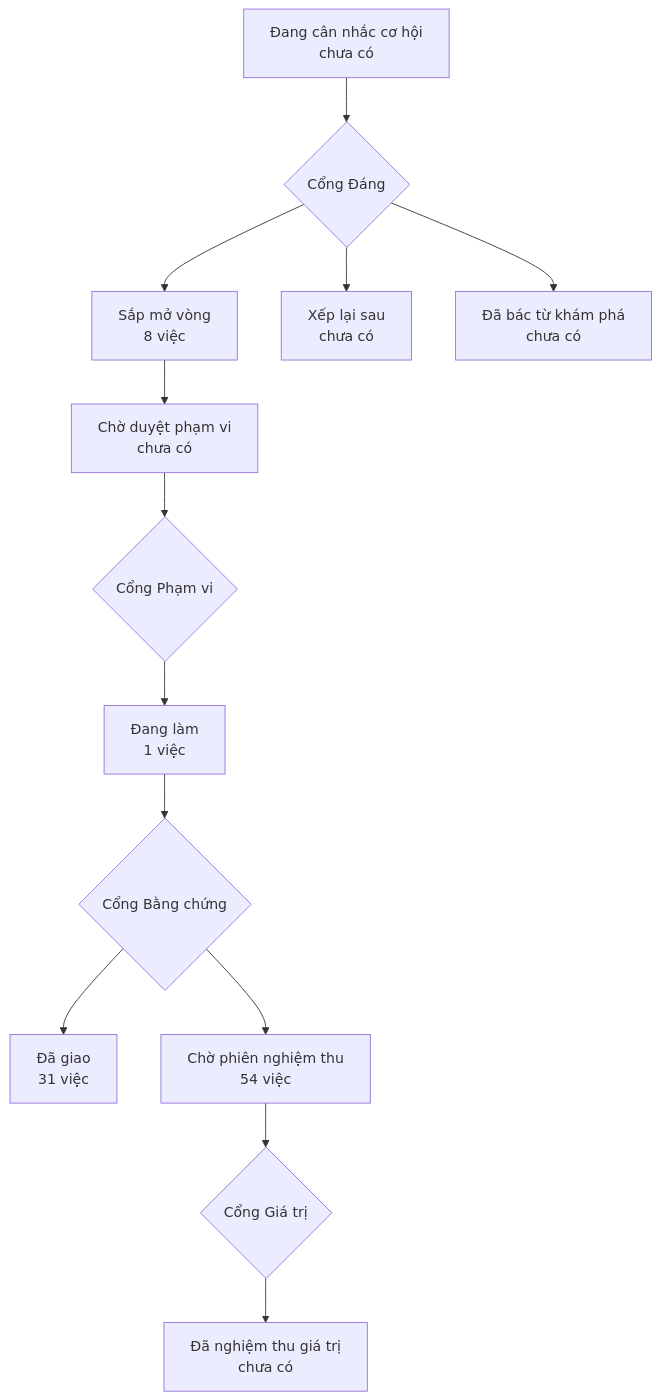
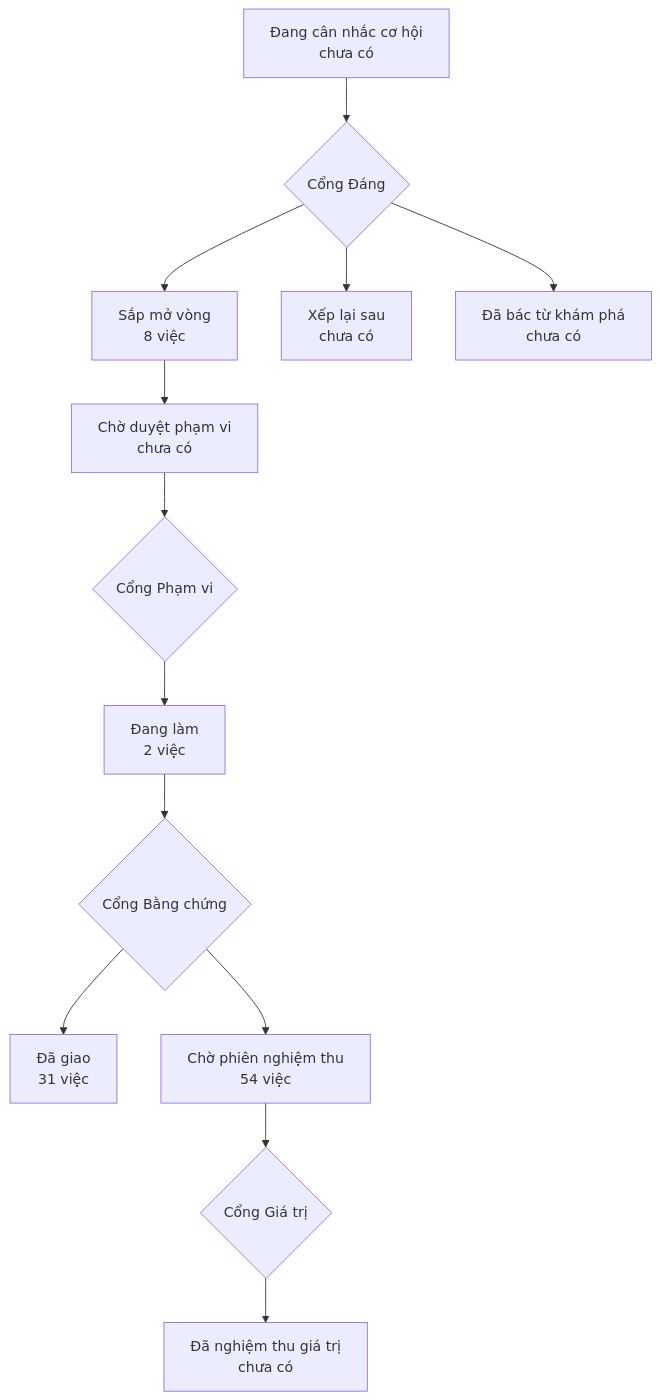
Before and after one commit to phanlemanh/onehub-inventory: the diagram in PRODUCT-MAP.md, drawn with Mermaid. The commit also changed other lines of this file and 3 other files, not shown here.

````diff
--- a/PRODUCT-MAP.md
+++ b/PRODUCT-MAP.md
@@ -7,12 +7,12 @@
 ```mermaid
 flowchart TD
   A["Đang cân nhắc cơ hội<br/>chưa có"] --> GD{"Cổng Đáng"}
   GD --> B["Sắp mở vòng<br/>8 việc"]
   GD --> XL["Xếp lại sau<br/>chưa có"]
   GD --> DB["Đã bác từ khám phá<br/>chưa có"]
   B --> CD["Chờ duyệt phạm vi<br/>chưa có"] --> GP{"Cổng Phạm vi"}
-  GP --> DL["Đang làm<br/>1 việc"] --> GB{"Cổng Bằng chứng"}
+  GP --> DL["Đang làm<br/>2 việc"] --> GB{"Cổng Bằng chứng"}
   GB --> DG["Đã giao<br/>31 việc"]
   GB --> CN["Chờ phiên nghiệm thu<br/>54 việc"] --> GG{"Cổng Giá trị"}
   GG --> NT["Đã nghiệm thu giá trị<br/>chưa có"]
 ```
````
